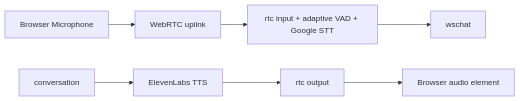
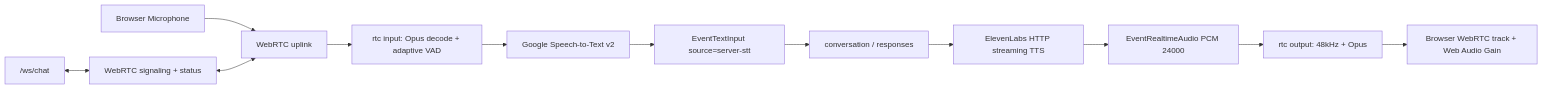
One commit to tetetratra/smart-speaker changed the diagram in docs/音声パイプライン.md. Above: the diagram before and after it, drawn with Mermaid. The commit also changed other lines of this file and 10 other files, not shown here.

````diff
--- a/docs/音声パイプライン.md
+++ b/docs/音声パイプライン.md
@@ -39,9 +53,14 @@
 ```mermaid
 flowchart LR
 	Mic["Browser Microphone"] --> RTCIN["WebRTC uplink"]
-	RTCIN --> STT["rtc input + adaptive VAD + Google STT"]
-	STT --> WS["wschat"]
-	CONV["conversation"] --> TTS["ElevenLabs TTS"]
-	TTS --> RTCOUT["rtc output"]
-	RTCOUT --> AUDIO["Browser audio element"]
+	RTCIN --> VAD["rtc input: Opus decode + adaptive VAD"]
+	VAD --> STT["Google Speech-to-Text v2"]
+	STT --> TEXT["EventTextInput source=server-stt"]
+	TEXT --> CONV["conversation / responses"]
+	CONV --> TTS["ElevenLabs HTTP streaming TTS"]
+	TTS --> PCM["EventRealtimeAudio PCM 24000"]
+	PCM --> RTCOUT["rtc output: 48kHz + Opus"]
+	RTCOUT --> AUDIO["Browser WebRTC track + Web Audio Gain"]
+	WS["/ws/chat"] <--> SIGNAL["WebRTC signaling + status"]
+	SIGNAL <--> RTCIN
 ```
````
